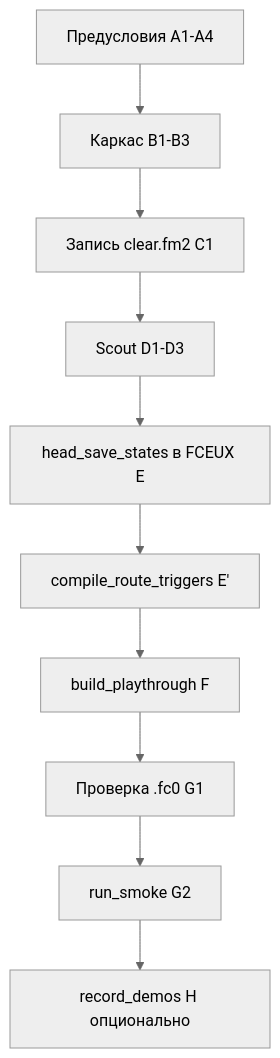
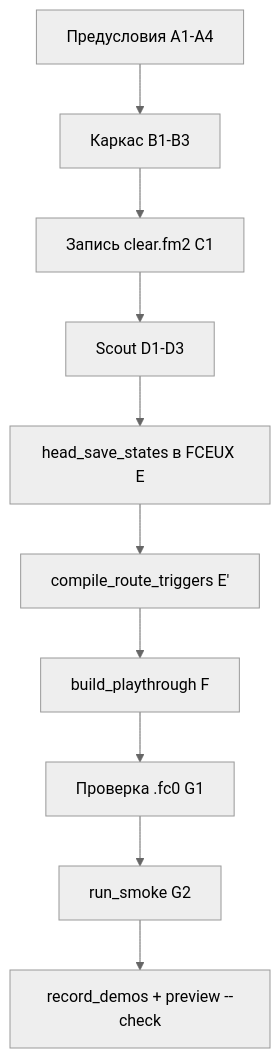
One commit to dimadroog/wait changed the diagram in docs/PROTOCOL_MISSION_REFERENCE.md. Above: the diagram before and after it, drawn with Mermaid (neutral theme). The commit also changed other lines of this file and 41 other files, not shown here.

````diff
--- a/docs/PROTOCOL_MISSION_REFERENCE.md
+++ b/docs/PROTOCOL_MISSION_REFERENCE.md
@@ -315,12 +323,12 @@
 ```mermaid
 flowchart TD
   A[Предусловия A1-A4] --> B[Каркас B1-B3]
   B --> C[Запись clear.fm2 C1]
   C --> D[Scout D1-D3]
   D --> E[head_save_states в FCEUX E]
   E --> Eprime[compile_route_triggers E′]
   Eprime --> F[build_playthrough F]
   F --> G[Проверка .fc0 G1]
   G --> G2[run_smoke G2]
-  G2 --> H[record_demos H опционально]
+  G2 --> H[record_demos + preview --check]
 ```
````
